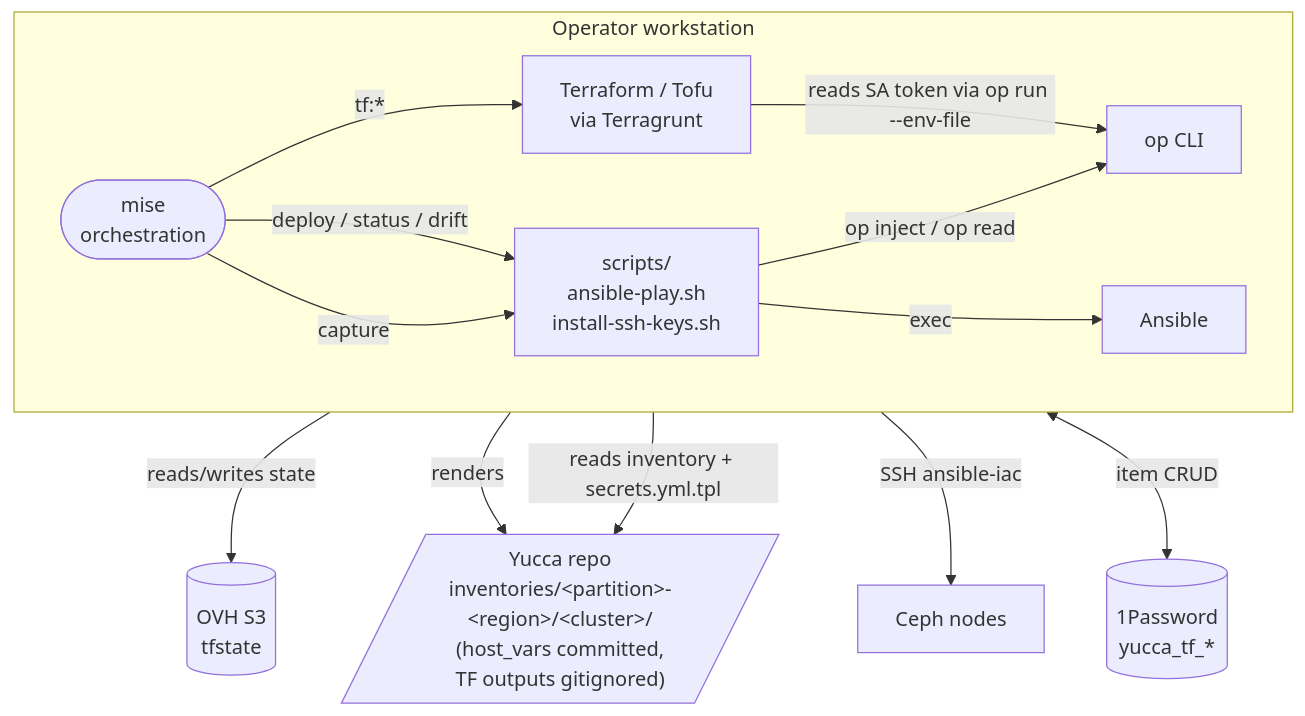
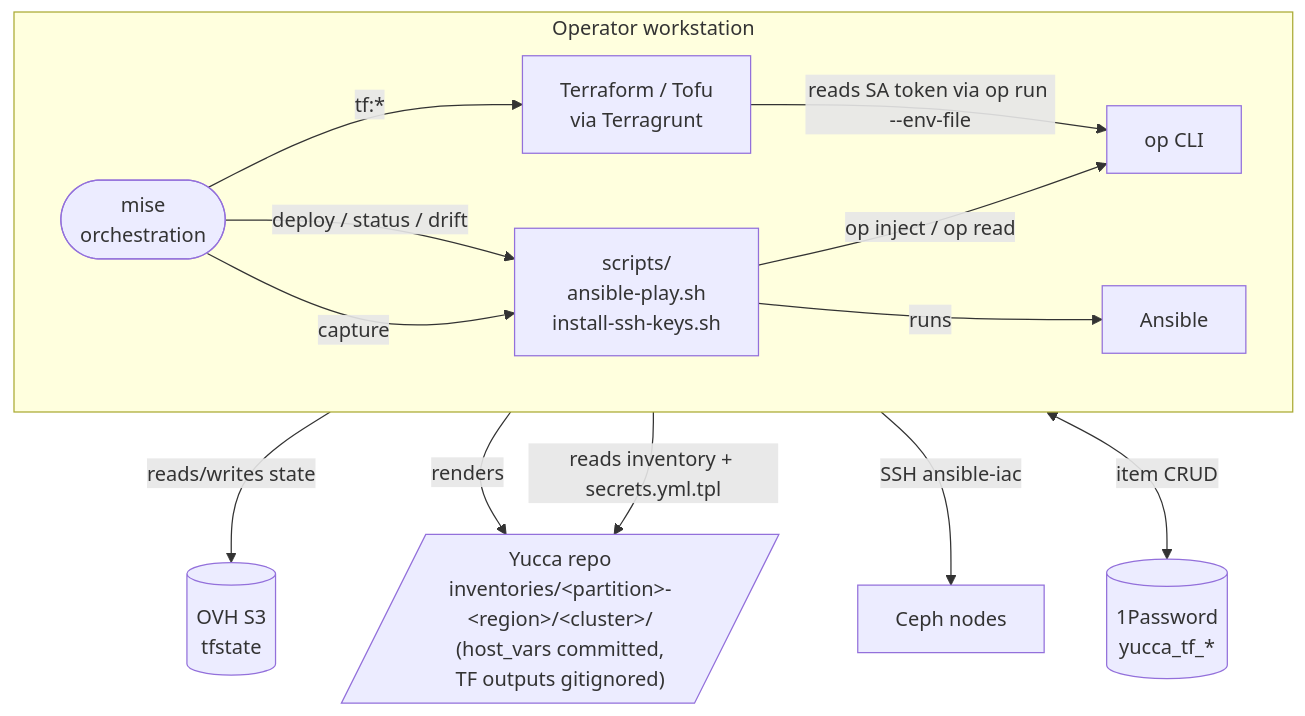
Before and after one commit to immich-app/yucca: the second of 11 diagrams in ansible/ceph/docs/architecture.md, drawn with Mermaid. The commit also changed other lines of this file and 13 other files, not shown here.

````diff
--- a/ansible/ceph/docs/architecture.md
+++ b/ansible/ceph/docs/architecture.md
@@ -77,31 +77,31 @@
 ```mermaid
 flowchart TB
     subgraph ws["Operator workstation"]
         direction LR
         MISE([mise<br/>orchestration])
         TF[Terraform / Tofu<br/>via Terragrunt]
         OP[op CLI]
         ANS[Ansible]
         WRAP[scripts/<br/>ansible-play.sh<br/>install-ssh-keys.sh]
     end
 
     ONEP[("1Password<br/>yucca_tf_*")]
     S3[("OVH S3<br/>tfstate")]
     REPO[/"Yucca repo<br/>inventories/&lt;partition&gt;-&lt;region&gt;/&lt;cluster&gt;/<br/>(host_vars committed,<br/>TF outputs gitignored)"/]
     NODES[Ceph nodes]
 
     MISE -->|tf:*| TF
     MISE -->|deploy / status / drift| WRAP
     MISE -->|capture| WRAP
 
     TF -->|reads SA token via op run --env-file| OP
     TF -->|reads/writes state| S3
     TF -->|renders| REPO
 
     WRAP -->|reads inventory + secrets.yml.tpl| REPO
     WRAP -->|op inject / op read| OP
-    WRAP -->|exec| ANS
+    WRAP -->|runs| ANS
     ANS -->|SSH ansible-iac| NODES
 
     OP <-->|item CRUD| ONEP
 ```
````
